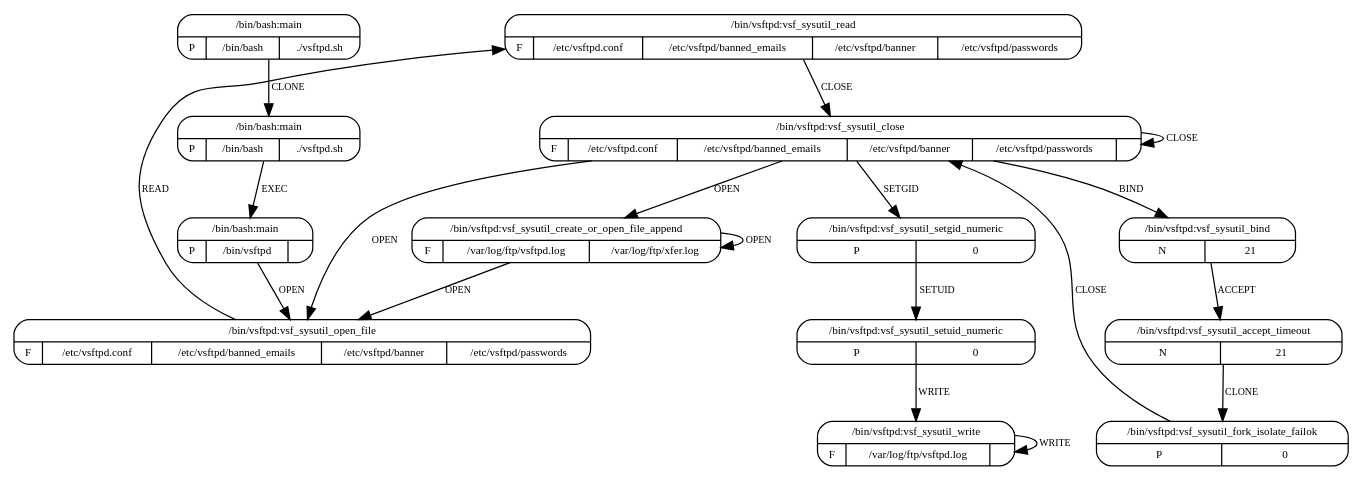
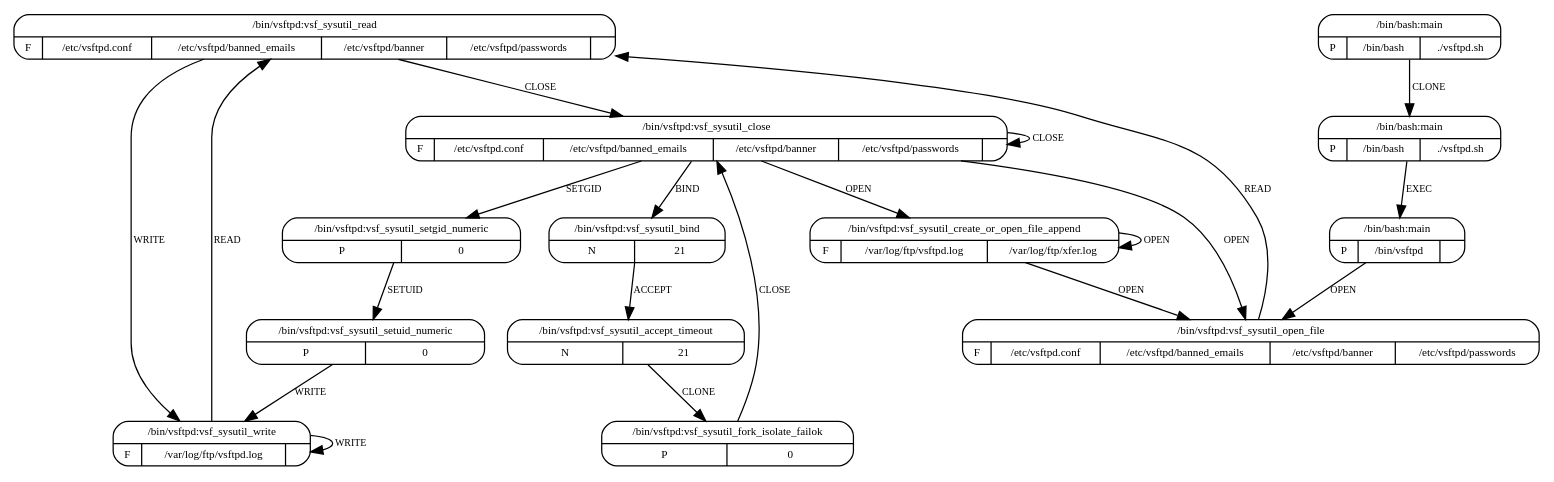
One commit to sysflow-telemetry/upolicycraft changed the diagram in plugins/mrm/resources/models/vsftpd.dot. Above: the diagram before and after it, drawn with Graphviz. The commit also changed 6 other files, not shown here.

```diff
--- a/plugins/mrm/resources/models/vsftpd.dot
+++ b/plugins/mrm/resources/models/vsftpd.dot
@@ -1,54 +1,56 @@
 digraph G {
   3 [shape=Mrecord,
-     label="{{/bin/vsftpd:vsf_sysutil_read}|{F|{/etc/vsftpd.conf}|{/etc/vsftpd/banned_emails}|{/etc/vsftpd/banner}|{/etc/vsftpd/passwords}}}",
+     label="{{/bin/vsftpd:vsf_sysutil_read}|{F|{/etc/vsftpd.conf}|{/etc/vsftpd/banned_emails}|{/etc/vsftpd/banner}|{/etc/vsftpd/passwords}|{}}}",
      fontsize=9, ];
   11 [shape=Mrecord,
       label="{{/bin/vsftpd:vsf_sysutil_create_or_open_file_append}|{F|{/var/log/ftp/vsftpd.log}|{/var/log/ftp/xfer.log}}}",
       fontsize=9, ];
   4 [shape=Mrecord,
      label="{{/bin/vsftpd:vsf_sysutil_close}|{F|{/etc/vsftpd.conf}|{/etc/vsftpd/banned_emails}|{/etc/vsftpd/banner}|{/etc/vsftpd/passwords}|{}}}",
      fontsize=9, ];
   8 [shape=Mrecord, label="{{/bin/vsftpd:vsf_sysutil_bind}|{N|{21}}}",
      fontsize=9, ];
   9 [shape=Mrecord, label="{{/bin/vsftpd:vsf_sysutil_accept_timeout}|{N|{21}}}",
      fontsize=9, ];
   6 [shape=Mrecord, label="{{/bin/vsftpd:vsf_sysutil_setuid_numeric}|{P|0}}",
      fontsize=9, ];
   5 [shape=Mrecord, label="{{/bin/vsftpd:vsf_sysutil_setgid_numeric}|{P|0}}",
      fontsize=9, ];
   7 [shape=Mrecord,
      label="{{/bin/vsftpd:vsf_sysutil_write}|{F|{/var/log/ftp/vsftpd.log}|{}}}",
      fontsize=9, ];
   10 [shape=Mrecord,
       label="{{/bin/vsftpd:vsf_sysutil_fork_isolate_failok}|{P|0}}",
       fontsize=9, ];
   12 [shape=Mrecord,
       label="{{/bin/vsftpd:vsf_sysutil_open_file}|{F|{/etc/vsftpd.conf}|{/etc/vsftpd/banned_emails}|{/etc/vsftpd/banner}|{/etc/vsftpd/passwords}}}",
       fontsize=9, ];
   0 [shape=Mrecord, label="{{/bin/bash:main}|{P|/bin/bash|./vsftpd.sh}}",
      fontsize=9, ];
   1 [shape=Mrecord, label="{{/bin/bash:main}|{P|/bin/bash|./vsftpd.sh}}",
      fontsize=9, ];
   2 [shape=Mrecord, label="{{/bin/bash:main}|{P|/bin/vsftpd|}}", fontsize=9, ];
   
   
   3 -> 4 [label="CLOSE", fontsize=8, ];
+  3 -> 7 [label="WRITE", fontsize=8, ];
   11 -> 11 [label="OPEN", fontsize=8, ];
   11 -> 12 [label="OPEN", fontsize=8, ];
   4 -> 11 [label="OPEN", fontsize=8, ];
   4 -> 4 [label="CLOSE", fontsize=8, ];
   4 -> 8 [label="BIND", fontsize=8, ];
   4 -> 5 [label="SETGID", fontsize=8, ];
   4 -> 12 [label="OPEN", fontsize=8, ];
   8 -> 9 [label="ACCEPT", fontsize=8, ];
   9 -> 10 [label="CLONE", fontsize=8, ];
   6 -> 7 [label="WRITE", fontsize=8, ];
   5 -> 6 [label="SETUID", fontsize=8, ];
+  7 -> 3 [label="READ", fontsize=8, ];
   7 -> 7 [label="WRITE", fontsize=8, ];
   10 -> 4 [label="CLOSE", fontsize=8, ];
   12 -> 3 [label="READ", fontsize=8, ];
   0 -> 1 [label="CLONE", fontsize=8, ];
   1 -> 2 [label="EXEC", fontsize=8, ];
   2 -> 12 [label="OPEN", fontsize=8, ];
   
   }
```
